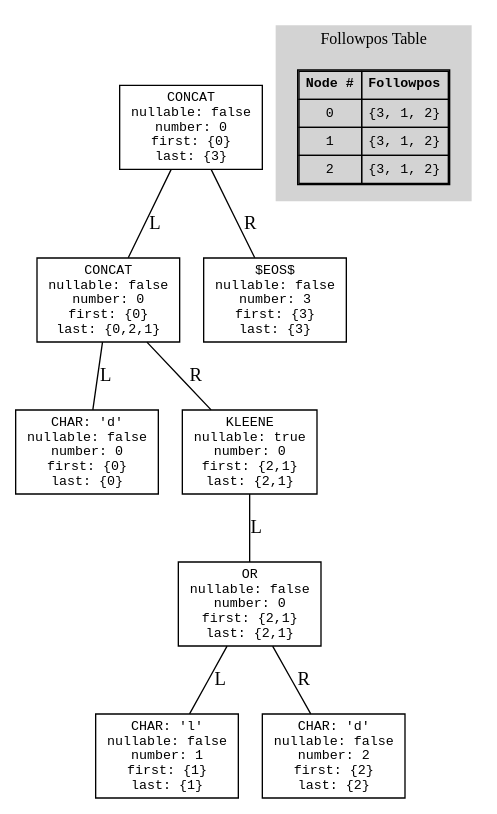
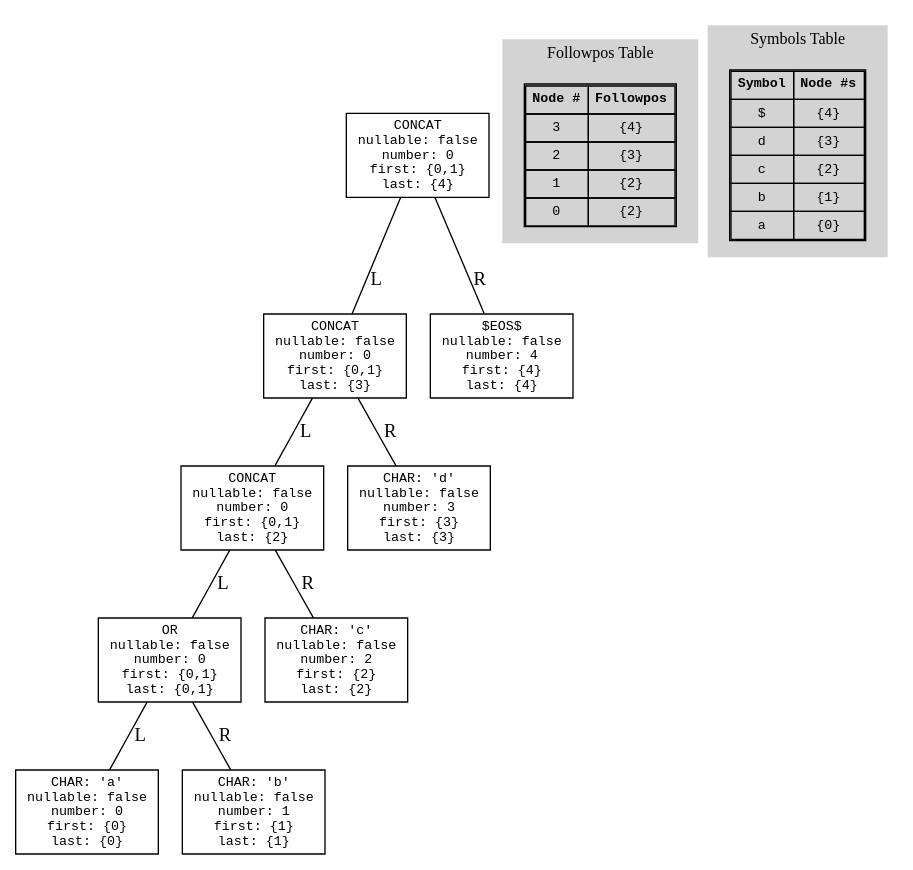
Before and after one commit to HotHeadd/automata25_mephi: the diagram in 2/ast_plus.dot, drawn with Graphviz. The commit also changed 10 other files, not shown here.

```diff
--- a/2/ast_plus.dot
+++ b/2/ast_plus.dot
@@ -1,36 +1,57 @@
 digraph SyntaxTree {
   node [shape=box, fontname="Courier", fontsize=10];
   edge [arrowhead=none];
 
-  0 [label="CONCAT\nnullable: false\nnumber: 0\nfirst: {0}\nlast: {3}"];
-  1 [label="CONCAT\nnullable: false\nnumber: 0\nfirst: {0}\nlast: {0,2,1}"];
-  2 [label="CHAR: 'd'\nnullable: false\nnumber: 0\nfirst: {0}\nlast: {0}"];
+  0 [label="CONCAT\nnullable: false\nnumber: 0\nfirst: {0,1}\nlast: {4}"];
+  1 [label="CONCAT\nnullable: false\nnumber: 0\nfirst: {0,1}\nlast: {3}"];
+  2 [label="CONCAT\nnullable: false\nnumber: 0\nfirst: {0,1}\nlast: {2}"];
+  3 [label="OR\nnullable: false\nnumber: 0\nfirst: {0,1}\nlast: {0,1}"];
+  4 [label="CHAR: 'a'\nnullable: false\nnumber: 0\nfirst: {0}\nlast: {0}"];
+  3 -> 4 [label="L"];
+  5 [label="CHAR: 'b'\nnullable: false\nnumber: 1\nfirst: {1}\nlast: {1}"];
+  3 -> 5 [label="R"];
+  2 -> 3 [label="L"];
+  6 [label="CHAR: 'c'\nnullable: false\nnumber: 2\nfirst: {2}\nlast: {2}"];
+  2 -> 6 [label="R"];
   1 -> 2 [label="L"];
-  3 [label="KLEENE\nnullable: true\nnumber: 0\nfirst: {2,1}\nlast: {2,1}"];
-  4 [label="OR\nnullable: false\nnumber: 0\nfirst: {2,1}\nlast: {2,1}"];
-  5 [label="CHAR: 'l'\nnullable: false\nnumber: 1\nfirst: {1}\nlast: {1}"];
-  4 -> 5 [label="L"];
-  6 [label="CHAR: 'd'\nnullable: false\nnumber: 2\nfirst: {2}\nlast: {2}"];
-  4 -> 6 [label="R"];
-  3 -> 4 [label="L"];
-  1 -> 3 [label="R"];
+  7 [label="CHAR: 'd'\nnullable: false\nnumber: 3\nfirst: {3}\nlast: {3}"];
+  1 -> 7 [label="R"];
   0 -> 1 [label="L"];
-  7 [label="$EOS$\nnullable: false\nnumber: 3\nfirst: {3}\nlast: {3}"];
-  0 -> 7 [label="R"];
+  8 [label="$EOS$\nnullable: false\nnumber: 4\nfirst: {4}\nlast: {4}"];
+  0 -> 8 [label="R"];
 
   subgraph cluster_followpos {
     label="Followpos Table";
     fontsize=12;
     style=filled;
     color=lightgrey;
     node [shape=plaintext];
     follow_table [label=<
       <table border="1" cellborder="1" cellspacing="0" cellpadding="4">
         <tr><td><b>Node #</b></td><td><b>Followpos</b></td></tr>
-        <tr><td>0</td><td>{3, 1, 2}</td></tr>
-        <tr><td>1</td><td>{3, 1, 2}</td></tr>
-        <tr><td>2</td><td>{3, 1, 2}</td></tr>
+        <tr><td>3</td><td>{4}</td></tr>
+        <tr><td>2</td><td>{3}</td></tr>
+        <tr><td>1</td><td>{2}</td></tr>
+        <tr><td>0</td><td>{2}</td></tr>
+      </table>
+    >];
+  }
+
+  subgraph cluster_symbols {
+    label="Symbols Table";
+    fontsize=12;
+    style=filled;
+    color=lightgrey;
+    node [shape=plaintext];
+    symbols_table [label=<
+      <table border="1" cellborder="1" cellspacing="0" cellpadding="4">
+        <tr><td><b>Symbol</b></td><td><b>Node #s</b></td></tr>
+        <tr><td>$</td><td>{4}</td></tr>
+        <tr><td>d</td><td>{3}</td></tr>
+        <tr><td>c</td><td>{2}</td></tr>
+        <tr><td>b</td><td>{1}</td></tr>
+        <tr><td>a</td><td>{0}</td></tr>
       </table>
     >];
   }
 }
```
